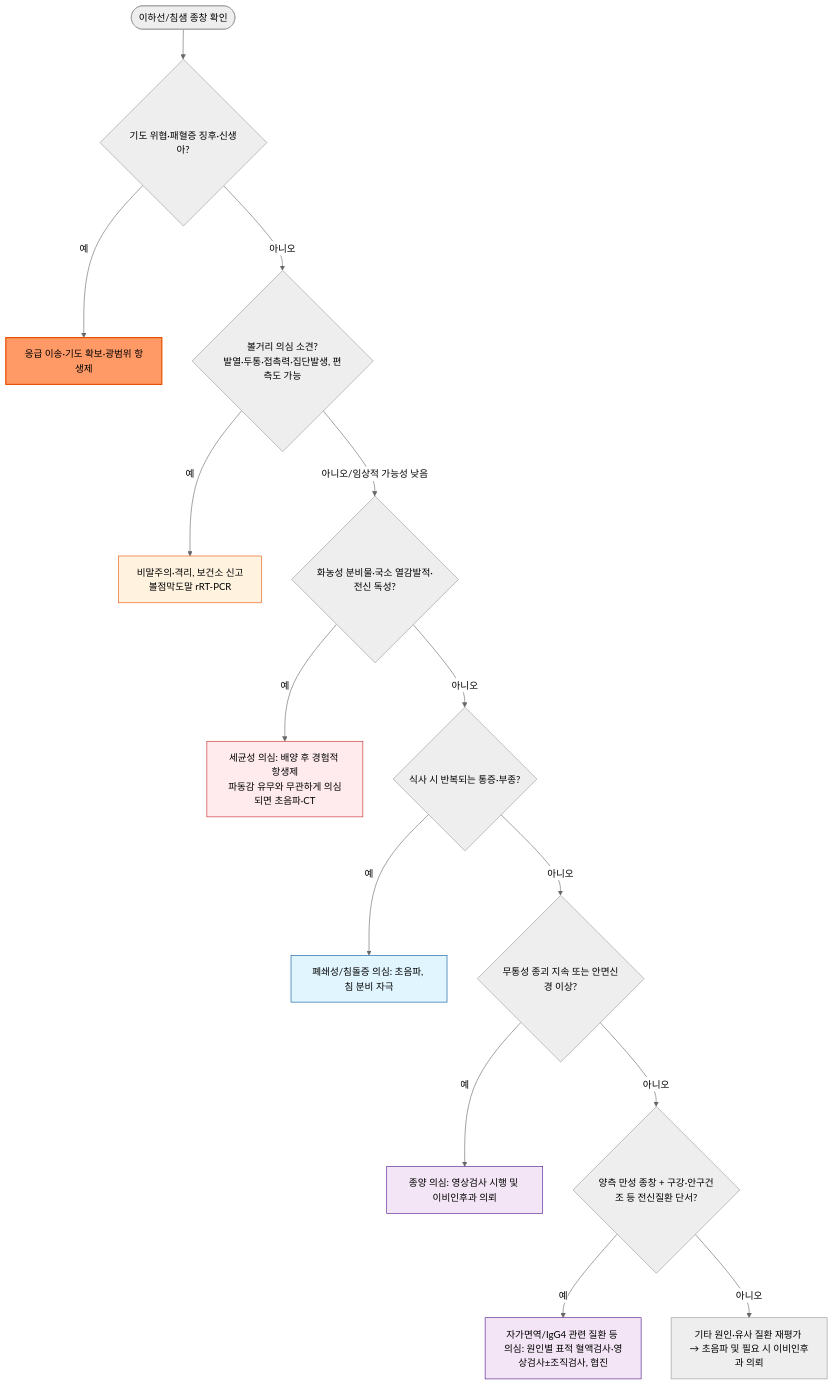
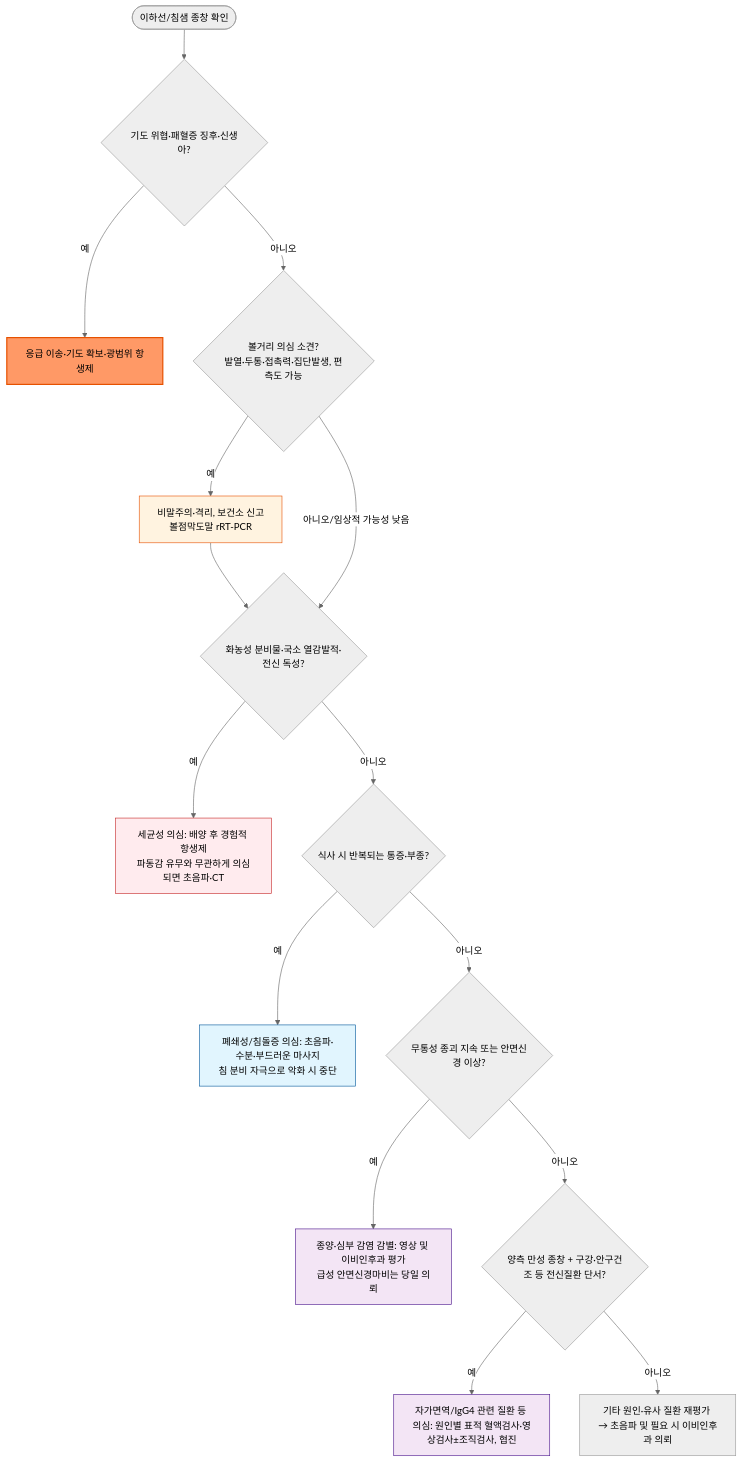
The diagram in 230_/196_-parotitis.md (familyoh77/familyoh77), drawn with Mermaid (neutral theme) before and after one commit. The commit also changed other lines of this file and 9 other files, not shown here.

````diff
--- a/230_/196_-parotitis.md
+++ b/230_/196_-parotitis.md
@@ -149,22 +151,23 @@
 ```mermaid
 graph TD
-    A([이하선/침샘 종창 확인]) --> B{기도 위협·패혈증 징후·신생아?}
-    B -->|예| B1[응급 이송·기도 확보·광범위 항생제]
-    B -->|아니오| C{볼거리 의심 소견?<br/>발열·두통·접촉력·집단발생, 편측도 가능}
-    C -->|예| C1[비말주의·격리, 보건소 신고<br/>볼점막도말 rRT-PCR]
-    C -->|아니오/임상적 가능성 낮음| D{화농성 분비물·국소 열감발적·전신 독성?}
-    D -->|예| D1[세균성 의심: 배양 후 경험적 항생제<br/>파동감 유무와 무관하게 의심되면 초음파·CT]
-    D -->|아니오| E{식사 시 반복되는 통증·부종?}
-    E -->|예| E1[폐쇄성/침돌증 의심: 초음파, 침 분비 자극]
-    E -->|아니오| F{무통성 종괴 지속 또는 안면신경 이상?}
-    F -->|예| F1[종양 의심: 영상검사 시행 및 이비인후과 의뢰]
-    F -->|아니오| G{양측 만성 종창 + 구강·안구건조 등 전신질환 단서?}
-    G -->|예| G1[자가면역/IgG4 관련 질환 등 의심: 원인별 표적 혈액검사·영상검사±조직검사, 협진]
-    G -->|아니오| H[기타 원인·유사 질환 재평가 → 초음파 및 필요 시 이비인후과 의뢰]
+    A(["이하선/침샘 종창 확인"]) --> B{"기도 위협·패혈증 징후·신생아?"}
+    B -->|예| B1["응급 이송·기도 확보·광범위 항생제"]
+    B -->|아니오| C{"볼거리 의심 소견?<br/>발열·두통·접촉력·집단발생, 편측도 가능"}
+    C -->|예| C1["비말주의·격리, 보건소 신고<br/>볼점막도말 rRT-PCR"]
+    C1 --> D
+    C -->|아니오/임상적 가능성 낮음| D{"화농성 분비물·국소 열감발적·전신 독성?"}
+    D -->|예| D1["세균성 의심: 배양 후 경험적 항생제<br/>파동감 유무와 무관하게 의심되면 초음파·CT"]
+    D -->|아니오| E{"식사 시 반복되는 통증·부종?"}
+    E -->|예| E1["폐쇄성/침돌증 의심: 초음파·수분·부드러운 마사지<br/>침 분비 자극으로 악화 시 중단"]
+    E -->|아니오| F{"무통성 종괴 지속 또는 안면신경 이상?"}
+    F -->|예| F1["종양·심부 감염 감별: 영상 및 이비인후과 평가<br/>급성 안면신경마비는 당일 의뢰"]
+    F -->|아니오| G{"양측 만성 종창 + 구강·안구건조 등 전신질환 단서?"}
+    G -->|예| G1["자가면역/IgG4 관련 질환 등 의심: 원인별 표적 혈액검사·영상검사±조직검사, 협진"]
+    G -->|아니오| H["기타 원인·유사 질환 재평가 → 초음파 및 필요 시 이비인후과 의뢰"]
     style B1 fill:#f96,stroke:#e65100,stroke-width:2px
     style C1 fill:#fff3e0,stroke:#e65100
     style D1 fill:#ffebee,stroke:#c62828
     style E1 fill:#e1f5fe,stroke:#01579b
     style F1 fill:#f3e5f5,stroke:#4a148c
     style G1 fill:#f3e5f5,stroke:#4a148c
 ```
````
